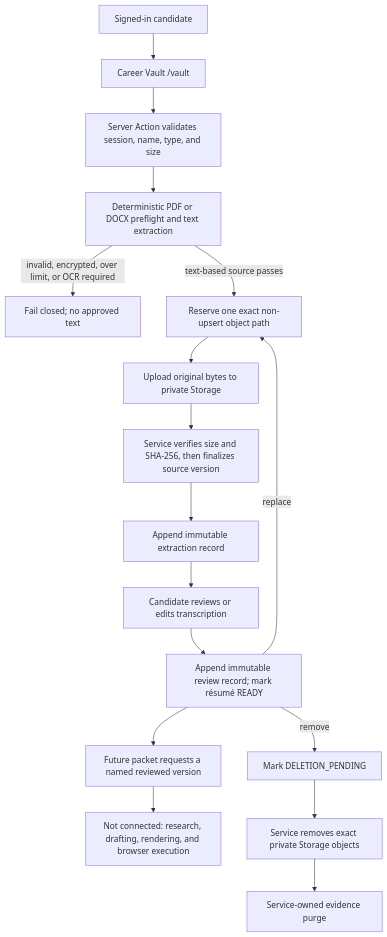
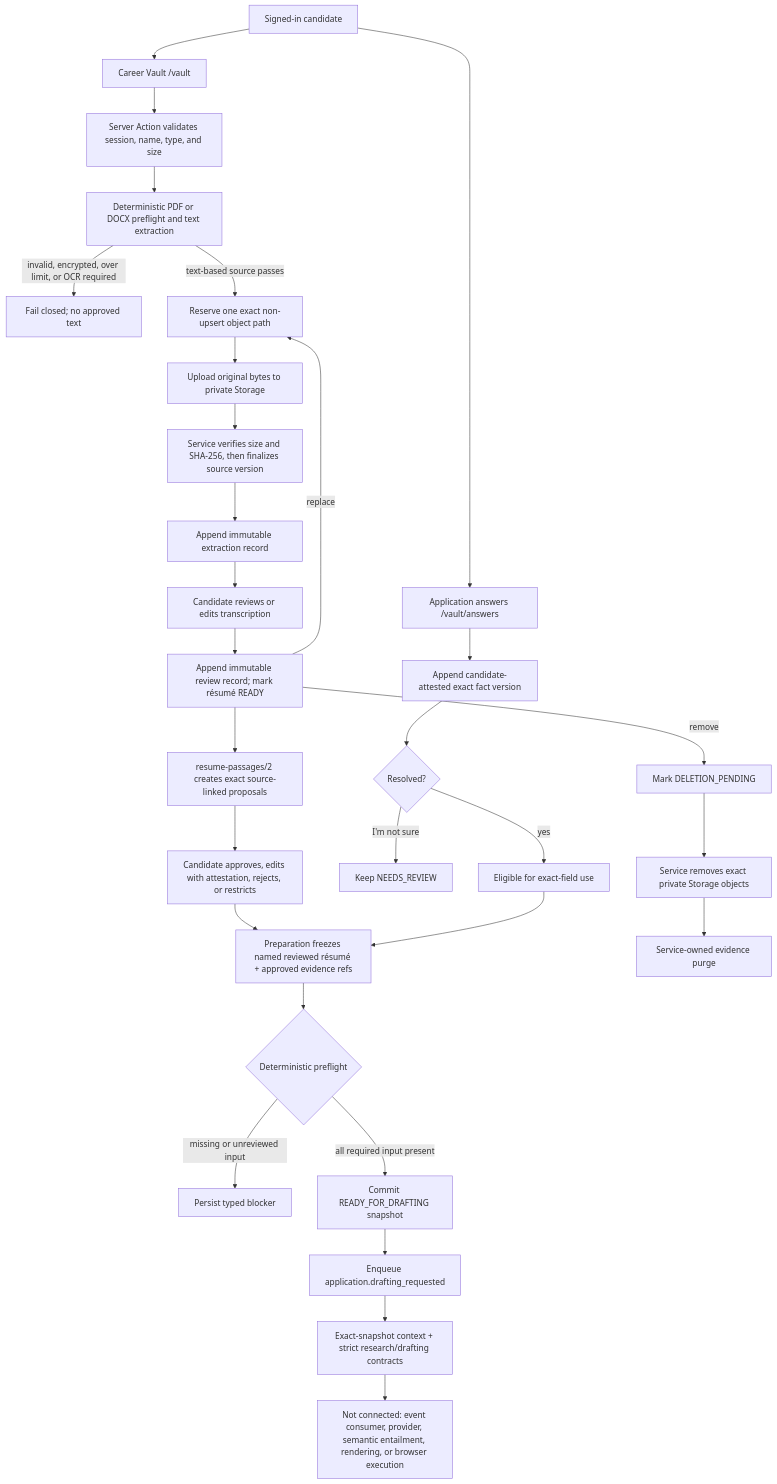
The diagram in docs/architecture/career-vault-resume-intake.md (zackrichland/roledawn), drawn with Mermaid before and after one commit. The commit also changed other lines of this file and 589 other files, not shown here.

````diff
--- a/docs/architecture/career-vault-resume-intake.md
+++ b/docs/architecture/career-vault-resume-intake.md
@@ -51,20 +64,33 @@
 ```mermaid
 flowchart TD
     U["Signed-in candidate"] --> V["Career Vault /vault"]
     V --> A["Server Action validates session, name, type, and size"]
     A --> P["Deterministic PDF or DOCX preflight and text extraction"]
     P -->|"invalid, encrypted, over limit, or OCR required"| F["Fail closed; no approved text"]
     P -->|"text-based source passes"| R["Reserve one exact non-upsert object path"]
     R --> S["Upload original bytes to private Storage"]
     S --> H["Service verifies size and SHA-256, then finalizes source version"]
     H --> X["Append immutable extraction record"]
     X --> C["Candidate reviews or edits transcription"]
     C --> T["Append immutable review record; mark résumé READY"]
-    T --> N["Future packet requests a named reviewed version"]
-    N --> Z["Not connected: research, drafting, rendering, and browser execution"]
+    U --> A2["Application answers /vault/answers"]
+    A2 --> F2["Append candidate-attested exact fact version"]
+    F2 --> G{"Resolved?"}
+    G -->|"yes"| E2["Eligible for exact-field use"]
+    G -->|"I'm not sure"| B2["Keep NEEDS_REVIEW"]
+    T --> Q["resume-passages/2 creates exact source-linked proposals"]
+    Q --> Y["Candidate approves, edits with attestation, rejects, or restricts"]
+    Y --> N["Preparation freezes named reviewed résumé + approved evidence refs"]
+    E2 --> N
+    N --> W{"Deterministic preflight"}
+    W -->|"missing or unreviewed input"| B3["Persist typed blocker"]
+    W -->|"all required input present"| R2["Commit READY_FOR_DRAFTING snapshot"]
+    R2 --> H2["Enqueue application.drafting_requested"]
+    H2 --> C2["Exact-snapshot context + strict research/drafting contracts"]
+    C2 --> Z["Not connected: event consumer, provider, semantic entailment, rendering, or browser execution"]
 
     T -->|"replace"| R
     T -->|"remove"| D["Mark DELETION_PENDING"]
     D --> O["Service removes exact private Storage objects"]
     O --> E["Service-owned evidence purge"]
 ```
````
